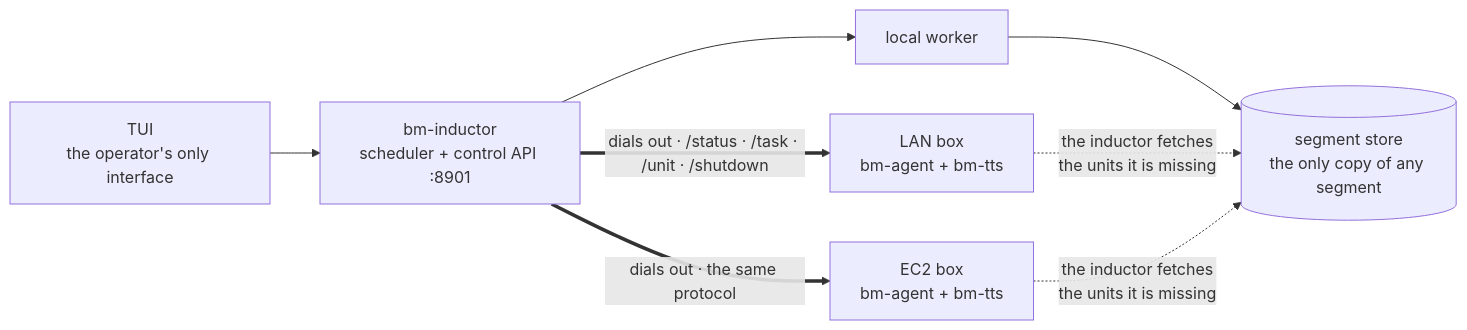
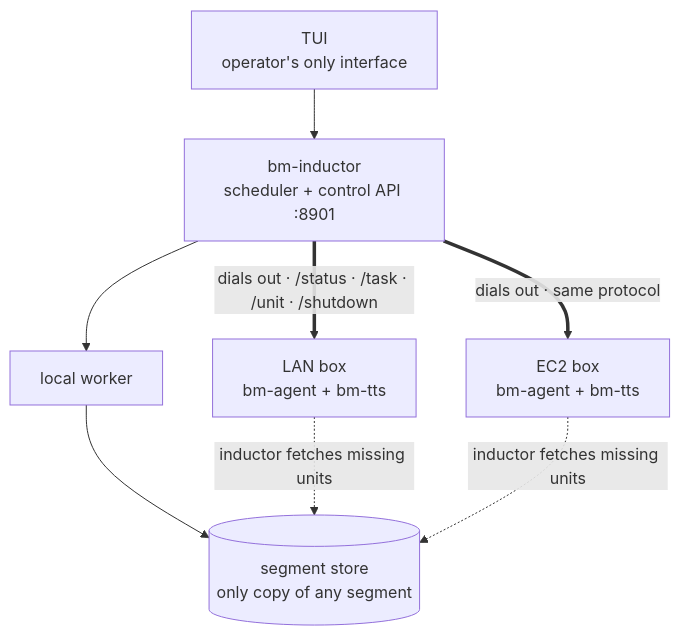
The second of 3 diagrams in README.md (lhuthng/storycast), drawn with Mermaid before and after one commit. The commit also changed other lines of this file and 8 other files, not shown here.

````diff
--- a/README.md
+++ b/README.md
@@ -228,10 +180,10 @@
 ```mermaid
-flowchart LR
-    TUI["TUI<br/>the operator's only interface"] --> IND["bm-inductor<br/>scheduler + control API :8901"]
+flowchart TB
+    TUI["TUI<br/>operator's only interface"] --> IND["bm-inductor<br/>scheduler + control API :8901"]
     IND --> LOCAL["local worker"]
     IND ==>|"dials out · /status · /task · /unit · /shutdown"| LAN["LAN box<br/>bm-agent + bm-tts"]
-    IND ==>|"dials out · the same protocol"| AWS["EC2 box<br/>bm-agent + bm-tts"]
-    LOCAL --> STORE[("segment store<br/>the only copy of any segment")]
-    LAN -.->|"the inductor fetches<br/>the units it is missing"| STORE
-    AWS -.->|"the inductor fetches<br/>the units it is missing"| STORE
+    IND ==>|"dials out · same protocol"| AWS["EC2 box<br/>bm-agent + bm-tts"]
+    LOCAL --> STORE[("segment store<br/>only copy of any segment")]
+    LAN -.->|"inductor fetches missing units"| STORE
+    AWS -.->|"inductor fetches missing units"| STORE
 ```
````
